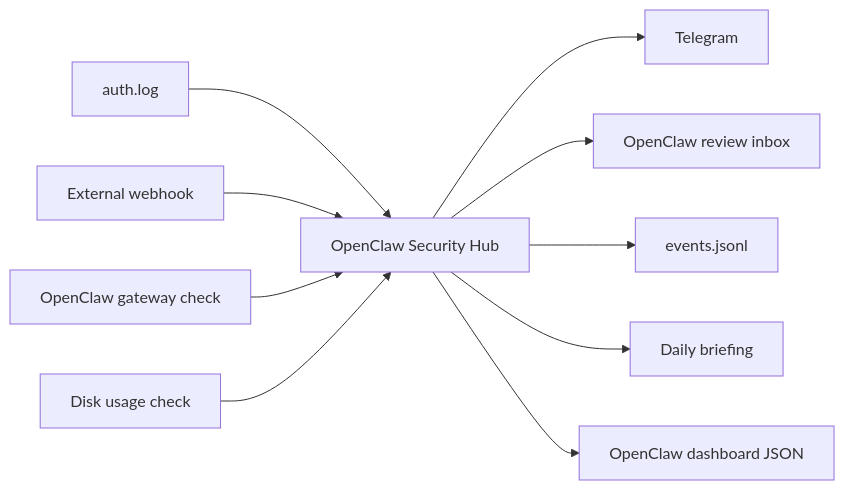
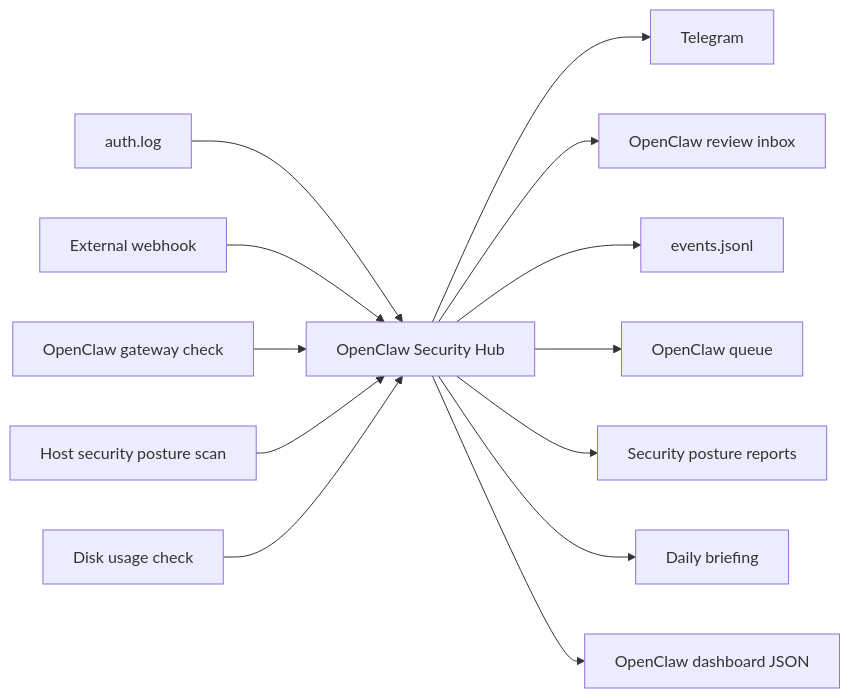
Before and after one commit to DarkDav1/openclaw-security-hub: the diagram in README.md, drawn with Mermaid. The commit also changed other lines of this file and 11 other files, not shown here.

Commit message:
Add security posture scanning workflow

````diff
--- a/README.md
+++ b/README.md
@@ -21,12 +25,15 @@
 ```mermaid
 flowchart LR
   SSH["auth.log"] --> Hub["OpenClaw Security Hub"]
   Webhook["External webhook"] --> Hub
   Gateway["OpenClaw gateway check"] --> Hub
+  Posture["Host security posture scan"] --> Hub
   Disk["Disk usage check"] --> Hub
   Hub --> TG["Telegram"]
   Hub --> Inbox["OpenClaw review inbox"]
   Hub --> Events["events.jsonl"]
+  Hub --> Queue["OpenClaw queue"]
+  Hub --> Reports["Security posture reports"]
   Hub --> Briefing["Daily briefing"]
   Hub --> Dashboard["OpenClaw dashboard JSON"]
 ```
````
